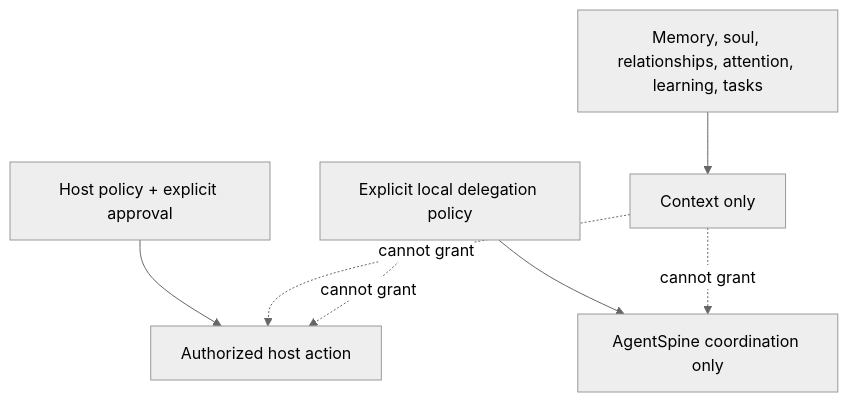
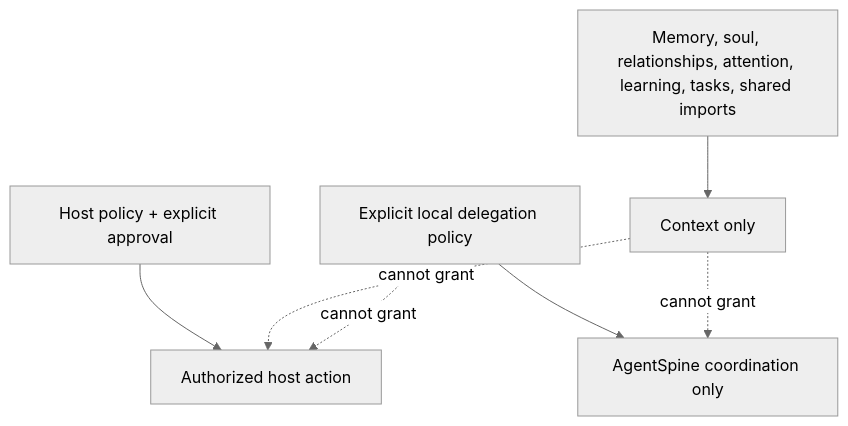
One commit to Maykbiletti/AgentSpine changed the third of 3 diagrams in docs/architecture.md. Above: the diagram before and after it, drawn with Mermaid (neutral theme). The commit also changed other lines of this file and 19 other files, not shown here.

Commit message:
feat: add quarantined shared memory adapters

````diff
--- a/docs/architecture.md
+++ b/docs/architecture.md
@@ -71,9 +71,9 @@
 ```mermaid
 flowchart TB
     P["Host policy + explicit approval"] --> A["Authorized host action"]
     D["Explicit local delegation policy"] --> T["AgentSpine coordination only"]
-    M["Memory, soul, relationships, attention, learning, tasks"] --> C["Context only"]
+    M["Memory, soul, relationships, attention, learning, tasks, shared imports"] --> C["Context only"]
     C -. "cannot grant" .-> A
     C -. "cannot grant" .-> T
     D -. "cannot grant" .-> A
 ```
````
